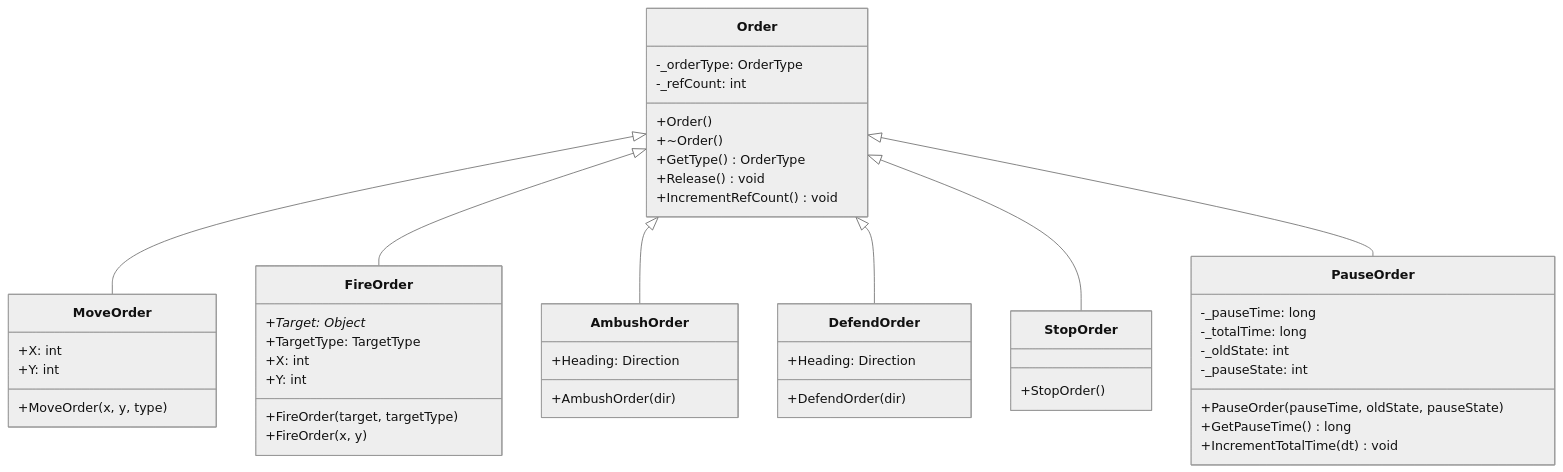
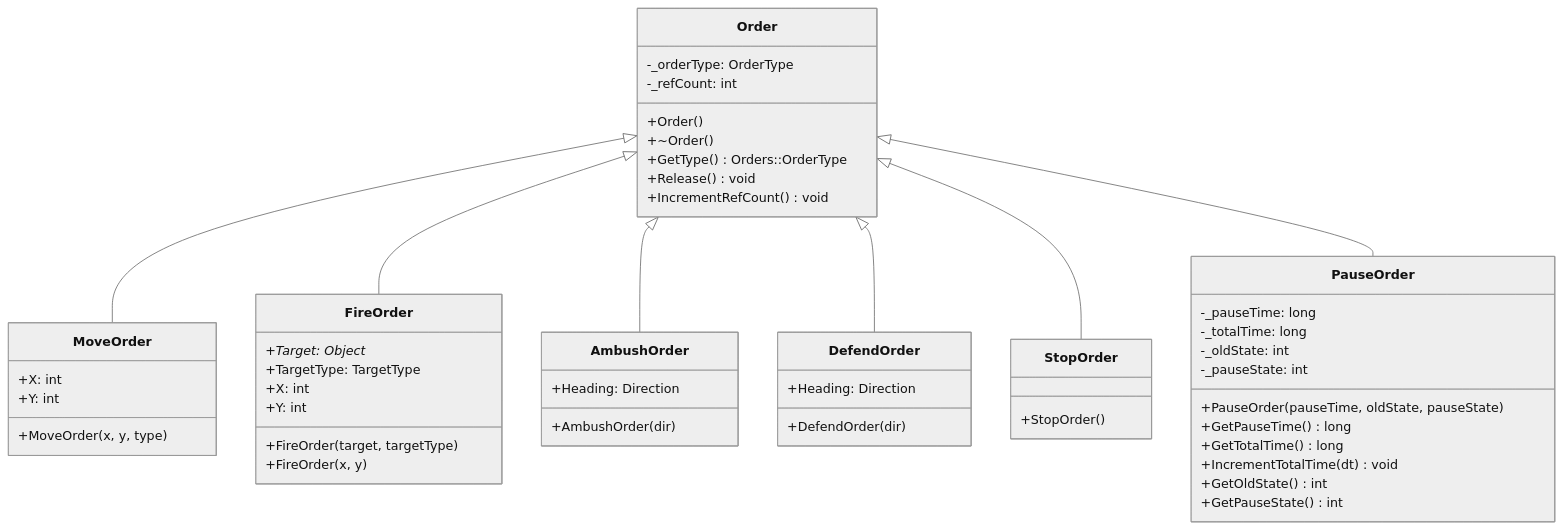
Before and after one commit to jukofyork/OpenCombat-SDL: the third of 5 diagrams in docs/chapters/04-orders-pathfinding.md, drawn with Mermaid (neutral theme). The commit also changed other lines of this file and 9 other files, not shown here.

````diff
--- a/docs/chapters/04-orders-pathfinding.md
+++ b/docs/chapters/04-orders-pathfinding.md
@@ -488,58 +490,61 @@
 ```mermaid
 classDiagram
     class Order {
         +Order()
         +~Order()
-        +GetType() OrderType
+        +GetType() Orders::OrderType
         +Release() void
         +IncrementRefCount() void
         -_orderType: OrderType
         -_refCount: int
     }
     
     class MoveOrder {
         +MoveOrder(x, y, type)
         +X: int
         +Y: int
     }
     
     class FireOrder {
         +FireOrder(target, targetType)
         +FireOrder(x, y)
         +Target: Object*
         +TargetType: TargetType
         +X: int
         +Y: int
     }
     
     class AmbushOrder {
         +AmbushOrder(dir)
         +Heading: Direction
     }
     
     class DefendOrder {
         +DefendOrder(dir)
         +Heading: Direction
     }
     
     class StopOrder {
         +StopOrder()
     }
     
     class PauseOrder {
         +PauseOrder(pauseTime, oldState, pauseState)
         +GetPauseTime() long
+        +GetTotalTime() long
         +IncrementTotalTime(dt) void
+        +GetOldState() int
+        +GetPauseState() int
         -_pauseTime: long
         -_totalTime: long
         -_oldState: int
         -_pauseState: int
     }
     
     Order <|-- MoveOrder
     Order <|-- FireOrder
     Order <|-- AmbushOrder
     Order <|-- DefendOrder
     Order <|-- StopOrder
     Order <|-- PauseOrder
 ```
````
